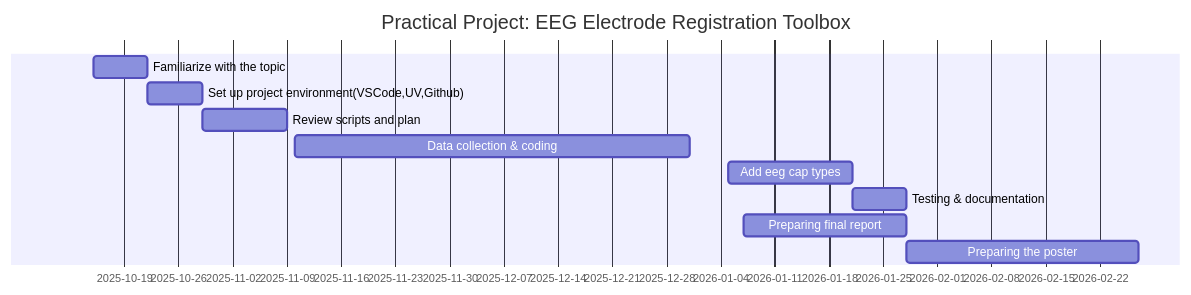
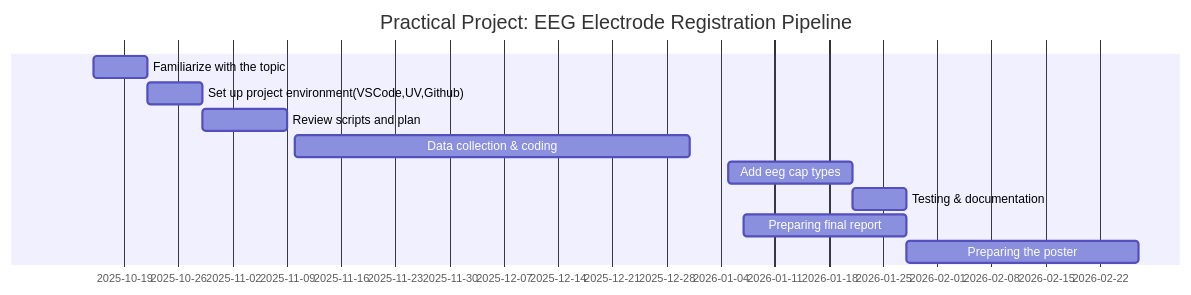
One commit to evrim06/video-eeg-electrode-registration changed the second of 2 diagrams in README.md. Above: the diagram before and after it, drawn with Mermaid. The commit also changed other lines of this file, not shown here.

````diff
--- a/README.md
+++ b/README.md
@@ -236,14 +240,14 @@
 ```mermaid
 gantt
-    title Practical Project: EEG Electrode Registration Toolbox
+    title Practical Project: EEG Electrode Registration Pipeline
     dateFormat YYYY-MM-DD
     Familiarize with the topic:2025-10-15,2025-10-22
     Set up project environment(VSCode,UV,Github):2025-10-22,2025-10-29
     Review scripts and plan:2025-10-29,2025-11-09
     Data collection & coding:2025-11-10,2025-12-31
     Add eeg cap types:2026-01-05,2026-01-21
     Testing & documentation: 2026-01-21,2026-01-28
     Preparing final report:2026-01-07,2026-01-28
     Preparing the poster:2026-01-28,2026-02-27
 
 ```
````
